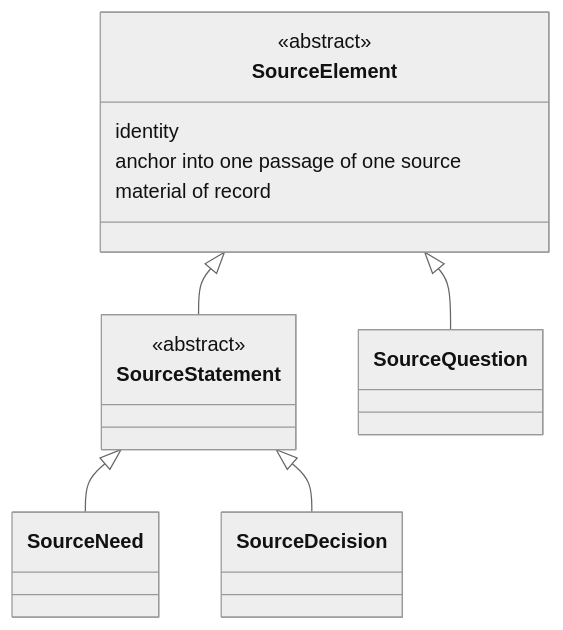
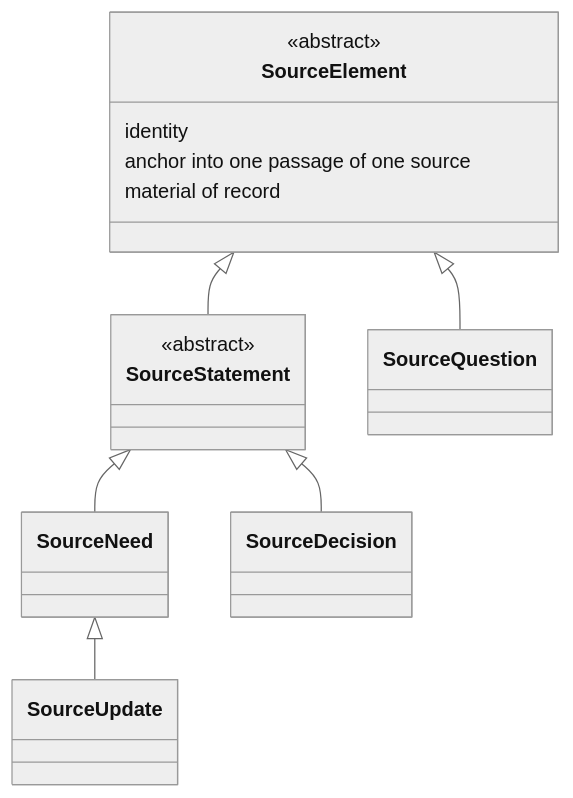
One commit to szantob/ProjectML changed the first of 3 diagrams in spec/02-requirement-analysis-model.md. Above: the diagram before and after it, drawn with Mermaid (neutral theme). The commit also changed other lines of this file, not shown here.

First line of the commit message:
Make every value name its source, add the SourceUpdate, and move value domains in (K101, K116, K125, K127, K132)

````diff
--- a/spec/02-requirement-analysis-model.md
+++ b/spec/02-requirement-analysis-model.md
@@ -85,16 +85,17 @@
 ```mermaid
 classDiagram
     class SourceElement {
         <<abstract>>
         identity
         anchor into one passage of one source
         material of record
     }
     class SourceStatement {
         <<abstract>>
     }
     SourceElement <|-- SourceQuestion
     SourceElement <|-- SourceStatement
     SourceStatement <|-- SourceNeed
     SourceStatement <|-- SourceDecision
+    SourceNeed <|-- SourceUpdate
 ```
````
